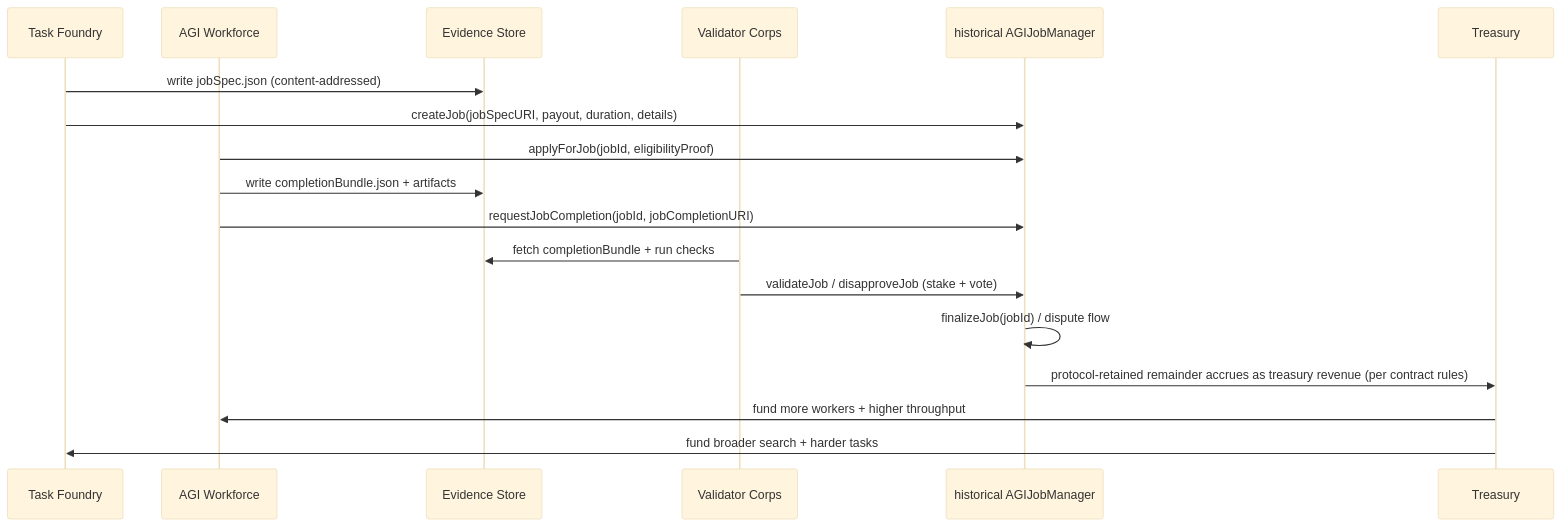
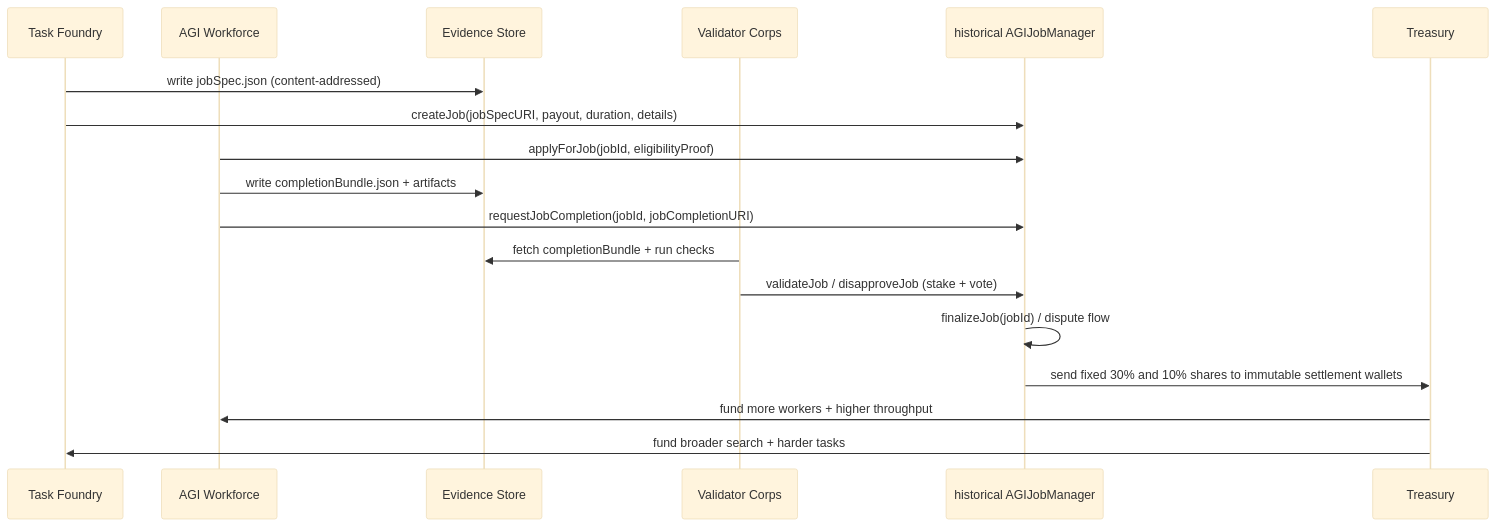
Before and after one commit to MontrealAI/AGIJobManager: the second of 4 diagrams in docs/Operational-Blueprint-for-a-Task-Foundry-AGI-Workforce-Flywheel.md, drawn with Mermaid (base theme). The commit also changed 81 other files, not shown here.

````diff
--- a/docs/Operational-Blueprint-for-a-Task-Foundry-AGI-Workforce-Flywheel.md
+++ b/docs/Operational-Blueprint-for-a-Task-Foundry-AGI-Workforce-Flywheel.md
@@ -94,21 +94,21 @@
 ```mermaid
 sequenceDiagram
   participant TF as Task Foundry
   participant WF as AGI Workforce
   participant EV as Evidence Store
   participant VC as Validator Corps
   participant JM as historical AGIJobManager
   participant TR as Treasury
 
   TF->>EV: write jobSpec.json (content-addressed)
   TF->>JM: createJob(jobSpecURI, payout, duration, details)
   WF->>JM: applyForJob(jobId, eligibilityProof)
   WF->>EV: write completionBundle.json + artifacts
   WF->>JM: requestJobCompletion(jobId, jobCompletionURI)
   VC->>EV: fetch completionBundle + run checks
   VC->>JM: validateJob / disapproveJob (stake + vote)
   JM->>JM: finalizeJob(jobId) / dispute flow
-  JM->>TR: protocol-retained remainder accrues as treasury revenue (per contract rules)
+  JM->>TR: send fixed 30% and 10% shares to immutable settlement wallets
   TR->>WF: fund more workers + higher throughput
   TR->>TF: fund broader search + harder tasks
 ```
````
